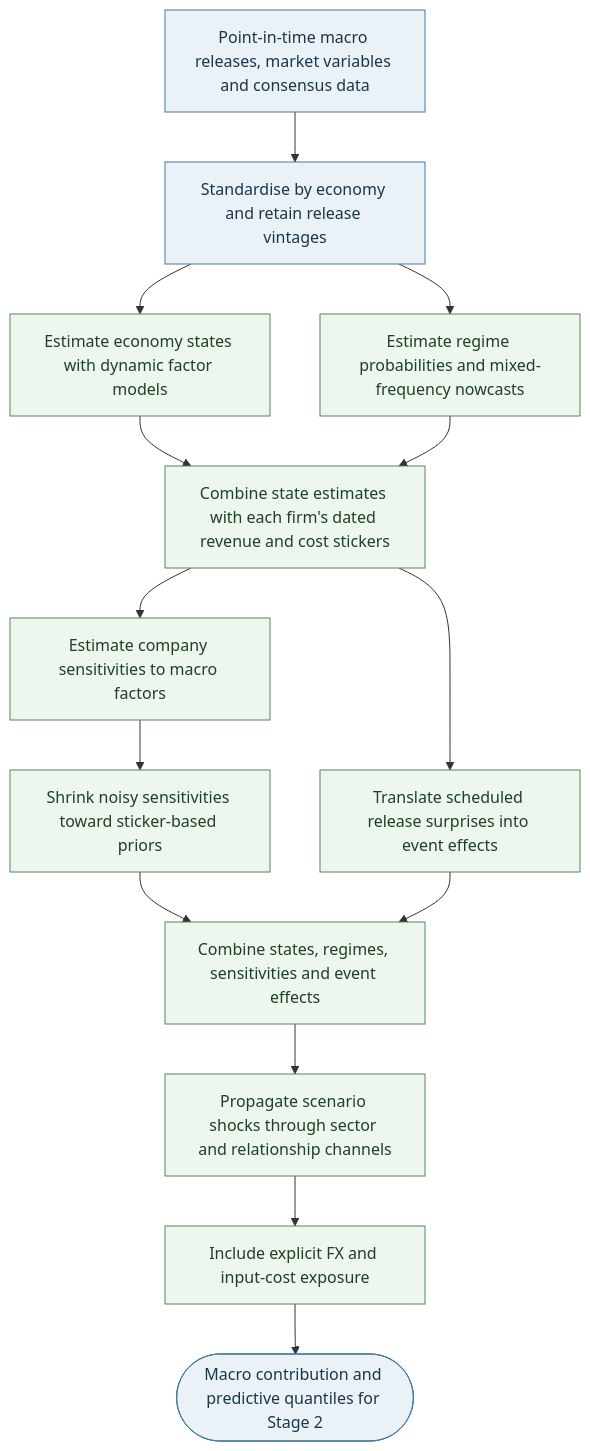
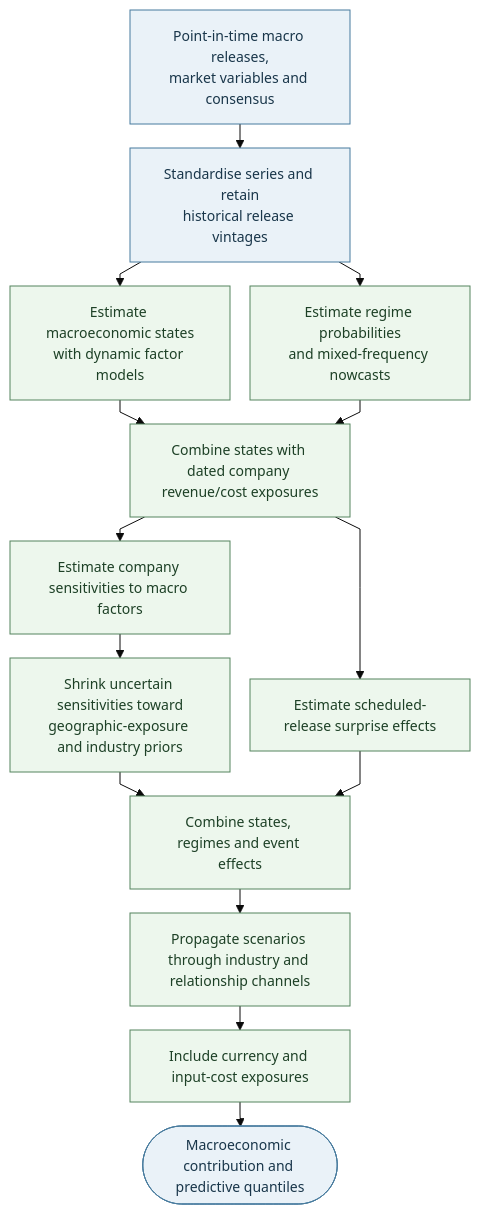
One commit to dannysilverio6-creator/AQP---LSEG changed the seventh of 15 diagrams in AQP OVERVIEW.md. Above: the diagram before and after it, drawn with Mermaid. The commit also changed other lines of this file, not shown here.

````diff
--- a/AQP OVERVIEW.md
+++ b/AQP OVERVIEW.md
@@ -409,23 +429,23 @@
 ```mermaid
+%%{init: {"theme": "base", "flowchart": {"nodeSpacing": 20, "rankSpacing": 24, "wrappingWidth": 160, "diagramPadding": 24, "curve": "linear"}, "themeVariables": {"fontSize": "14px"}}}%%
 flowchart TB
-    A[Point-in-time macro releases, market variables and consensus data] --> B[Standardise by economy and retain release vintages]
-    B --> C[Estimate economy states with dynamic factor models]
-    B --> D[Estimate regime probabilities and mixed-frequency nowcasts]
-    C --> E[Combine state estimates with each firm's dated revenue and cost stickers]
+    A["Point-in-time macro releases,<br/>market variables and consensus"] --> B["Standardise series and retain<br/>historical release vintages"]
+    B --> C["Estimate macroeconomic states<br/>with dynamic factor models"]
+    B --> D["Estimate regime probabilities<br/>and mixed-frequency nowcasts"]
+    C --> E[Combine states with dated company revenue/cost exposures]
     D --> E
     E --> F[Estimate company sensitivities to macro factors]
-    F --> G[Shrink noisy sensitivities toward sticker-based priors]
-    E --> H[Translate scheduled release surprises into event effects]
-    G --> I[Combine states, regimes, sensitivities and event effects]
+    F --> G["Shrink uncertain sensitivities toward<br/>geographic-exposure and industry priors"]
+    E --> H[Estimate scheduled-release surprise effects]
+    G --> I[Combine states, regimes and event effects]
     H --> I
-    I --> J[Propagate scenario shocks through sector and relationship channels]
-    J --> K[Include explicit FX and input-cost exposure]
-    K --> L([Macro contribution and predictive quantiles for Stage 2])
-
+    I --> J[Propagate scenarios through industry and relationship channels]
+    J --> K[Include currency and input-cost exposures]
+    K --> L([Macroeconomic contribution and predictive quantiles])
     classDef data fill:#eaf2f8,stroke:#477b9e,color:#19364a;
     classDef model fill:#edf7ed,stroke:#54845e,color:#1d4026;
     classDef output fill:#eaf2f8,stroke:#477b9e,color:#19364a;
     class A,B data;
     class C,D,E,F,G,H,I,J,K model;
     class L output;
 ```
````
